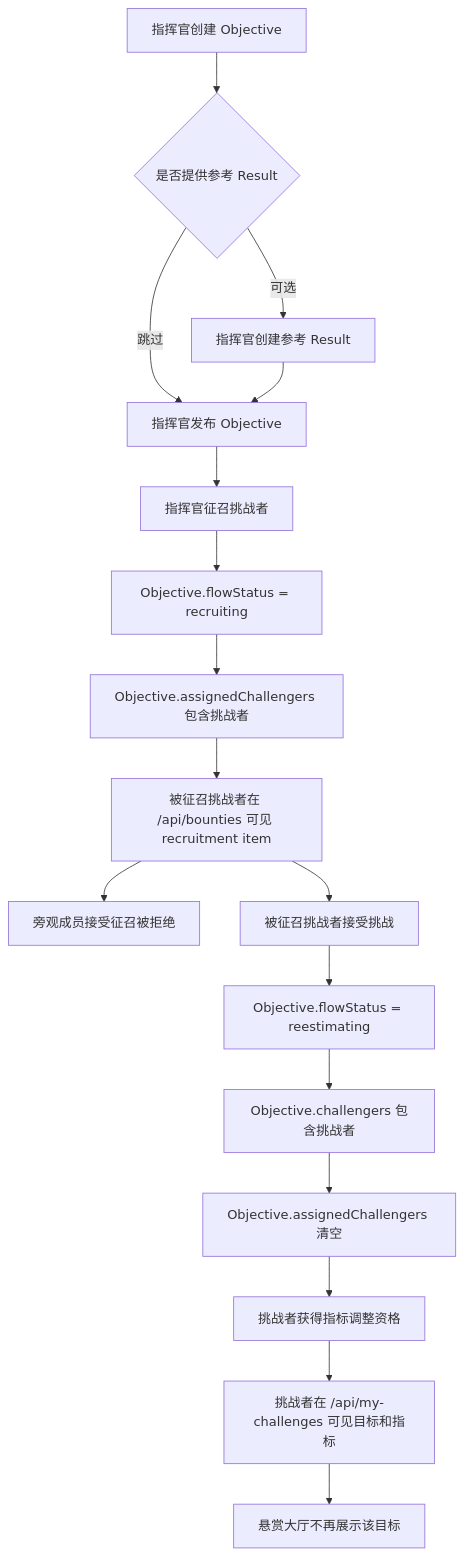
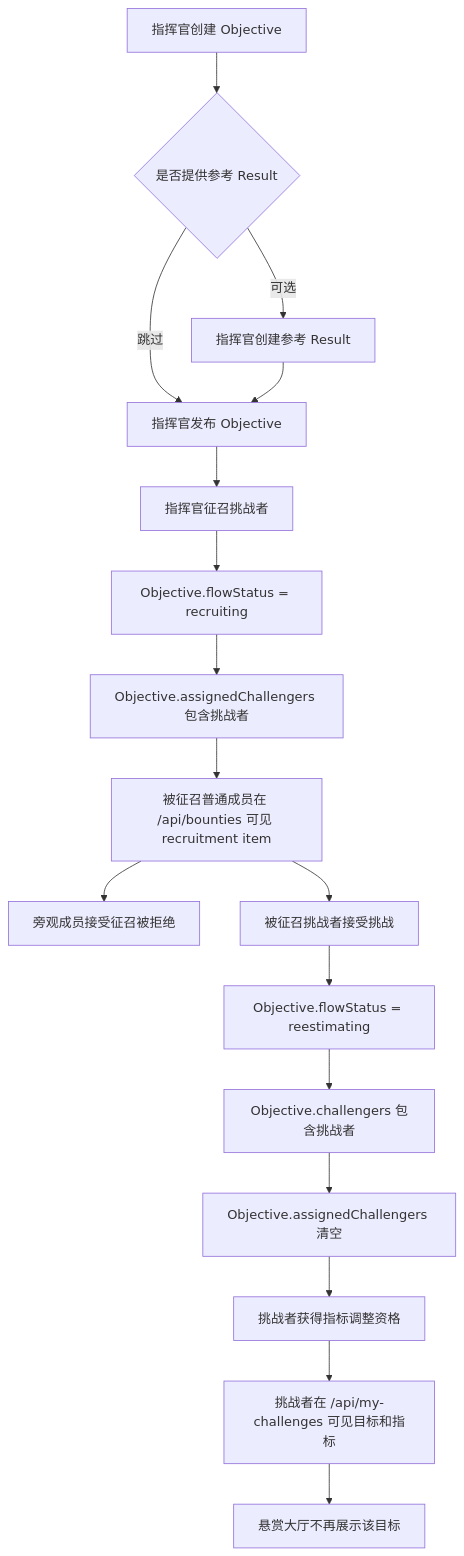
Before and after one commit to xueyu888/ORF: the second of 2 diagrams in docs/backend/ORF 后端流程测试.md, drawn with Mermaid. The commit also changed other lines of this file and 6 other files, not shown here.

````diff
--- a/docs/backend/ORF 后端流程测试.md
+++ b/docs/backend/ORF 后端流程测试.md
@@ -103,19 +103,19 @@
 ```mermaid
 flowchart TD
   A[指挥官创建 Objective] --> B{是否提供参考 Result}
   B -->|可选| C[指挥官创建参考 Result]
   B -->|跳过| D[指挥官发布 Objective]
   C --> D
   D --> E[指挥官征召挑战者]
   E --> F[Objective.flowStatus = recruiting]
   F --> G[Objective.assignedChallengers 包含挑战者]
-  G --> H[被征召挑战者在 /api/bounties 可见 recruitment item]
+  G --> H[被征召普通成员在 /api/bounties 可见 recruitment item]
   H --> I[旁观成员接受征召被拒绝]
   H --> J[被征召挑战者接受挑战]
   J --> K[Objective.flowStatus = reestimating]
   K --> L[Objective.challengers 包含挑战者]
   L --> M[Objective.assignedChallengers 清空]
   M --> N[挑战者获得指标调整资格]
   N --> O[挑战者在 /api/my-challenges 可见目标和指标]
   O --> P[悬赏大厅不再展示该目标]
 ```
````
